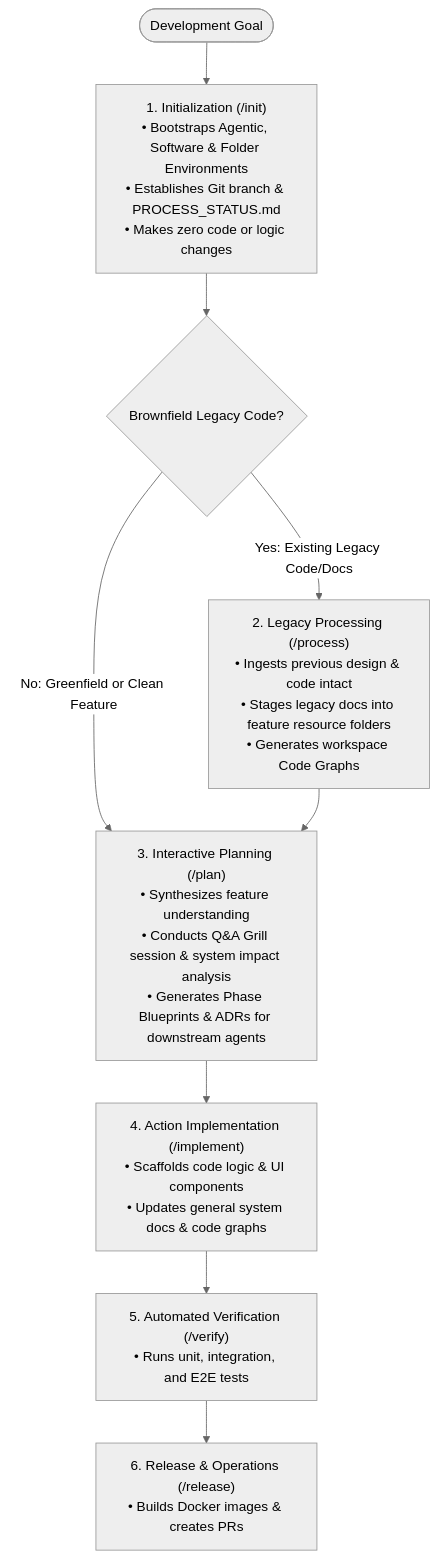
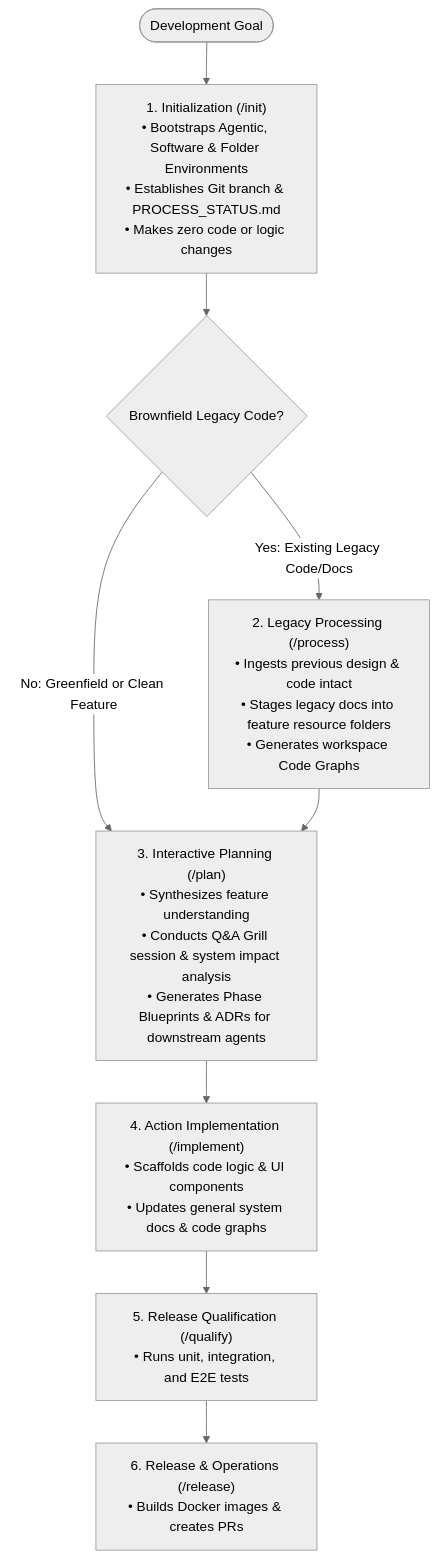
One commit to hrvthgergo/agent-driven-templates changed the diagram in software_dev_elements/user_guide.md. Above: the diagram before and after it, drawn with Mermaid (neutral theme). The commit also changed other lines of this file and 10 other files, not shown here.

Commit message:
docs: rename /verify to /qualify workflow and add design vocabulary rationale

````diff
--- a/software_dev_elements/user_guide.md
+++ b/software_dev_elements/user_guide.md
@@ -11,17 +11,17 @@
 ```mermaid
 graph TD
     Start([Development Goal]) --> Init["1. Initialization (/init)<br/>• Bootstraps Agentic, Software & Folder Environments<br/>• Establishes Git branch & PROCESS_STATUS.md<br/>• Makes zero code or logic changes"]
     
     Init --> CheckType{Brownfield Legacy Code?}
     
     CheckType -->|Yes: Existing Legacy Code/Docs| Process["2. Legacy Processing (/process)<br/>• Ingests previous design & code intact<br/>• Stages legacy docs into feature resource folders<br/>• Generates workspace Code Graphs"]
     CheckType -->|No: Greenfield or Clean Feature| Plan["3. Interactive Planning (/plan)<br/>• Synthesizes feature understanding<br/>• Conducts Q&A Grill session & system impact analysis<br/>• Generates Phase Blueprints & ADRs for downstream agents"]
     
     Process --> Plan
     
     Plan --> Implement["4. Action Implementation (/implement)<br/>• Scaffolds code logic & UI components<br/>• Updates general system docs & code graphs"]
     
-    Implement --> Verify["5. Automated Verification (/verify)<br/>• Runs unit, integration, and E2E tests"]
+    Implement --> Qualify["5. Release Qualification (/qualify)<br/>• Runs unit, integration, and E2E tests"]
     
-    Verify --> Release["6. Release & Operations (/release)<br/>• Builds Docker images & creates PRs"]
+    Qualify --> Release["6. Release & Operations (/release)<br/>• Builds Docker images & creates PRs"]
 ```
````
